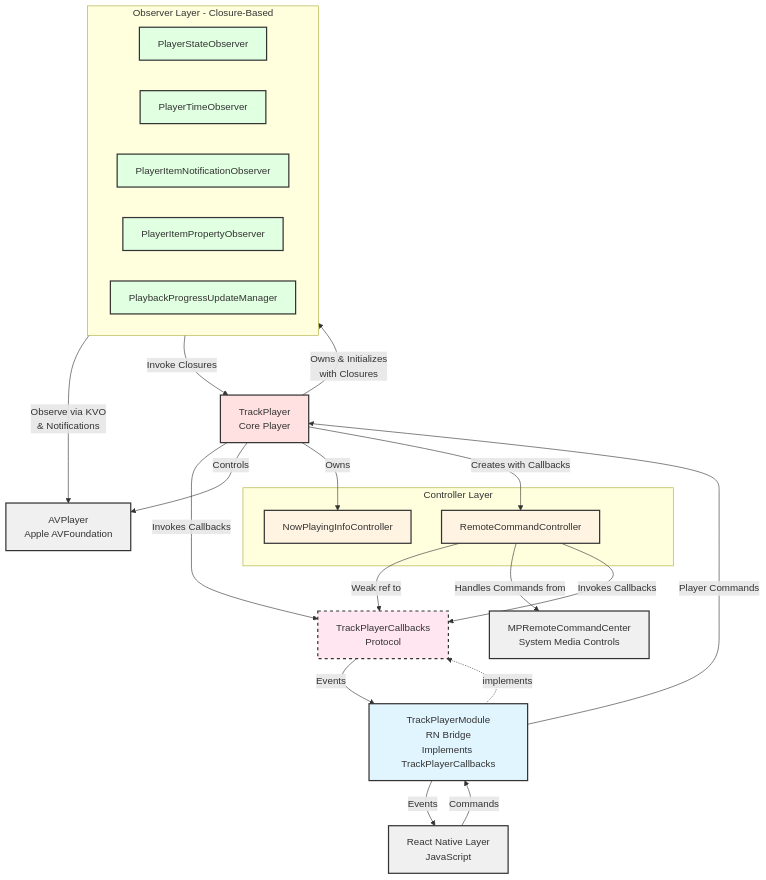
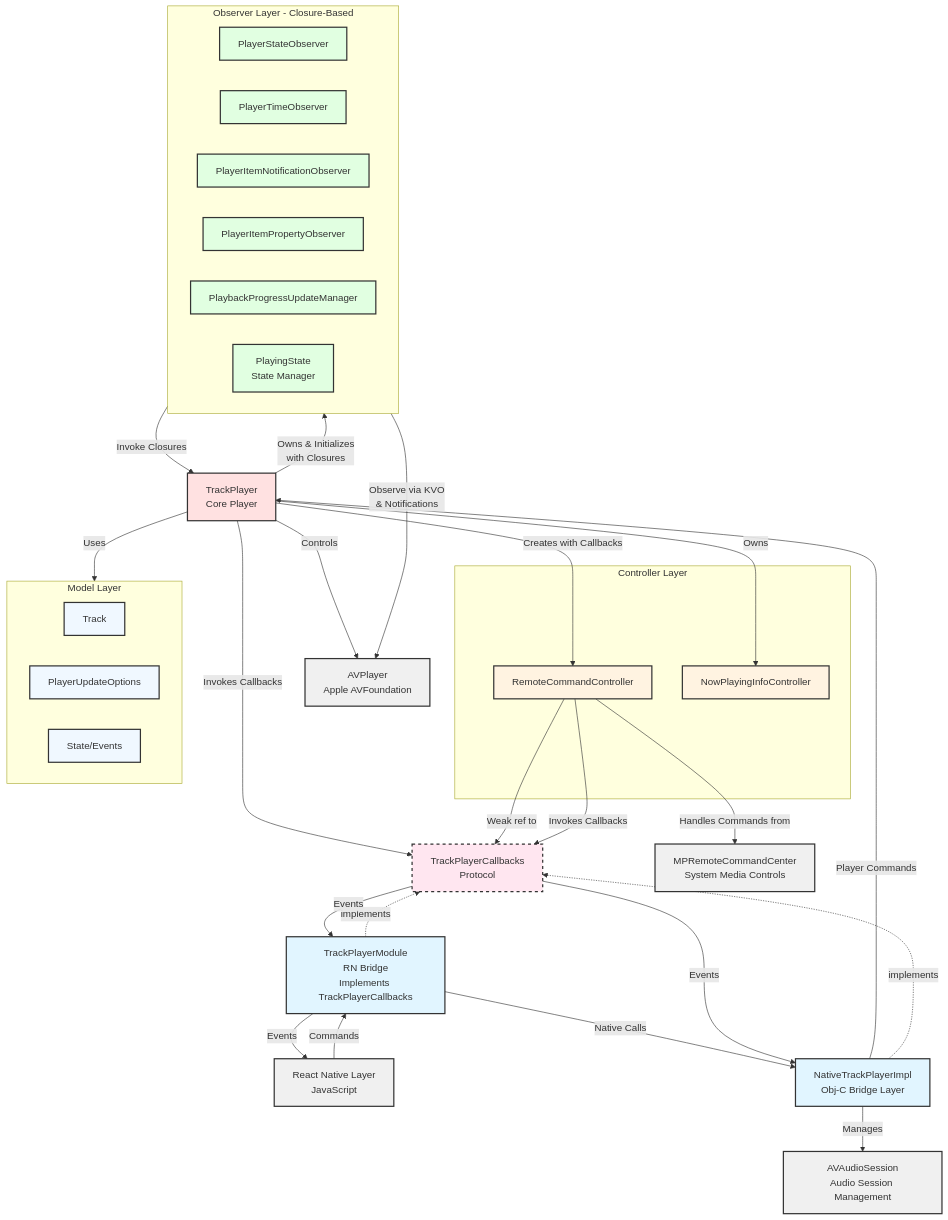
Before and after one commit to 5-stones/react-native-track-player: the diagram in ios/CLAUDE.md, drawn with Mermaid. The commit also changed other lines of this file, not shown here.

Commit message:
docs(ios): update architecture diagram to reflect current structure
- Add NativeTrackPlayerImpl Obj-C bridge layer
- Add AVAudioSession management component
- Add PlayingState observer and Models layer
- Update component relationships and data flow
- Add detailed project structure breakdown

````diff
--- a/ios/CLAUDE.md
+++ b/ios/CLAUDE.md
@@ -10,56 +10,72 @@
 ```mermaid
 graph TB
 JS[React Native Layer<br/>JavaScript]
 TPM[TrackPlayerModule<br/>RN Bridge<br/>Implements TrackPlayerCallbacks]
+NTPI[NativeTrackPlayerImpl<br/>Obj-C Bridge Layer]
 TP[TrackPlayer<br/>Core Player]
 CB[TrackPlayerCallbacks<br/>Protocol]
 AVP[AVPlayer<br/>Apple AVFoundation]
 MPRC[MPRemoteCommandCenter<br/>System Media Controls]
+AS[AVAudioSession<br/>Audio Session Management]
 
 subgraph Observers[Observer Layer - Closure-Based]
   PSO[PlayerStateObserver]
   PTO[PlayerTimeObserver]
   PINO[PlayerItemNotificationObserver]
   PIPO[PlayerItemPropertyObserver]
   PUM[PlaybackProgressUpdateManager]
+  PS[PlayingState<br/>State Manager]
 end
 
 subgraph Controllers[Controller Layer]
   RCC[RemoteCommandController]
   NPIC[NowPlayingInfoController]
 end
 
+subgraph Models[Model Layer]
+  T[Track]
+  UO[PlayerUpdateOptions]
+  ST[State/Events]
+end
+
 JS -->|Commands| TPM
-TPM -->|Player Commands| TP
+TPM -->|Native Calls| NTPI
+NTPI -->|Player Commands| TP
 TPM -.->|implements| CB
+NTPI -.->|implements| CB
 
 TP -->|Owns & Initializes<br/>with Closures| Observers
 TP -->|Invokes Callbacks| CB
 TP -->|Controls| AVP
 TP -->|Owns| NPIC
 TP -->|Creates with Callbacks| RCC
+TP -->|Uses| Models
+NTPI -->|Manages| AS
 
 Observers -->|Observe via KVO<br/>& Notifications| AVP
 Observers -->|Invoke Closures| TP
 
 RCC -->|Weak ref to| CB
 RCC -->|Handles Commands from| MPRC
 RCC -->|Invokes Callbacks| CB
 
 CB -->|Events| TPM
+CB -->|Events| NTPI
 TPM -->|Events| JS
 
 classDef bridge fill:#e1f5ff,stroke:#333,stroke-width:2px
 classDef core fill:#ffe1e1,stroke:#333,stroke-width:2px
 classDef observer fill:#e1ffe1,stroke:#333,stroke-width:2px
 classDef controller fill:#fff3e1,stroke:#333,stroke-width:2px
 classDef platform fill:#f0f0f0,stroke:#333,stroke-width:2px
 classDef protocol fill:#ffe6f0,stroke:#333,stroke-width:2px,stroke-dasharray: 5 5
+classDef model fill:#f0f8ff,stroke:#333,stroke-width:2px
 
-class TPM bridge
+class TPM,NTPI bridge
 class TP core
-class PSO,PTO,PINO,PIPO,PUM observer
+class PSO,PTO,PINO,PIPO,PUM,PS observer
 class RCC,NPIC controller
-class AVP,JS,MPRC platform
+class AVP,JS,MPRC,AS platform
 class CB protocol
+class T,UO,ST model
 ```
````
